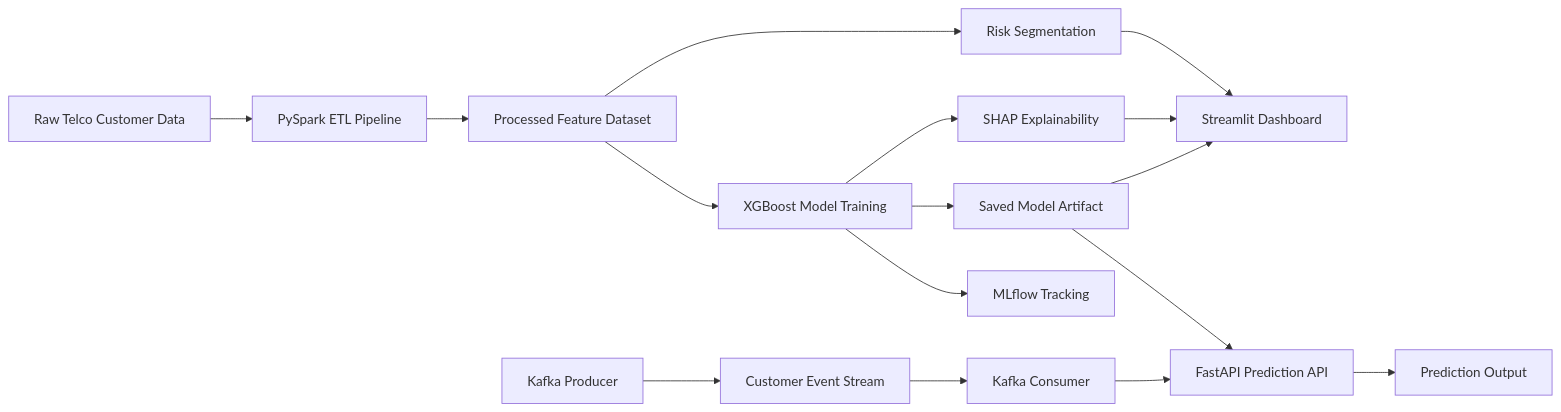
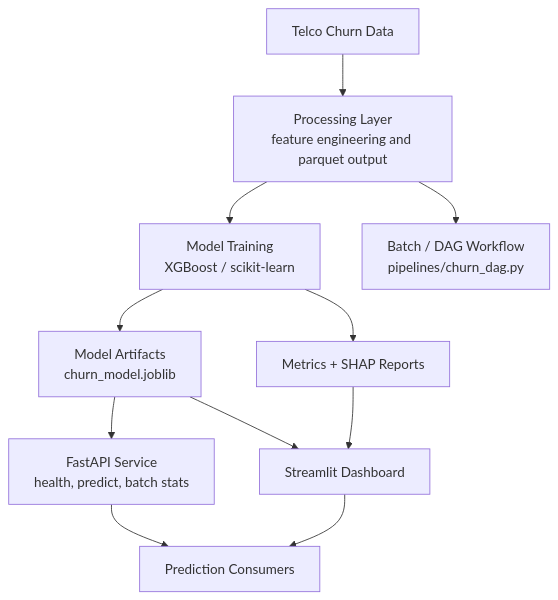
Before and after one commit to praveenraj9623-sketch/customer-churn-intelligence-platform: the diagram in README.md, drawn with Mermaid. The commit also changed other lines of this file and 1 other file, not shown here.

````diff
--- a/README.md
+++ b/README.md
@@ -149,18 +52,13 @@
 ```mermaid
-flowchart LR
-    A[Raw Telco Customer Data] --> B[PySpark ETL Pipeline]
-    B --> C[Processed Feature Dataset]
-    C --> D[XGBoost Model Training]
-    D --> E[MLflow Tracking]
-    D --> F[Saved Model Artifact]
-    F --> G[FastAPI Prediction API]
-    F --> H[Streamlit Dashboard]
-    C --> I[Risk Segmentation]
-    I --> H
-    D --> J[SHAP Explainability]
-    J --> H
-    K[Kafka Producer] --> L[Customer Event Stream]
-    L --> M[Kafka Consumer]
-    M --> G
-    G --> N[Prediction Output]
+flowchart TD
+    A["Telco Churn Data"] --> B["Processing Layer<br/>feature engineering and parquet output"]
+    B --> C["Model Training<br/>XGBoost / scikit-learn"]
+    C --> D["Model Artifacts<br/>churn_model.joblib"]
+    C --> E["Metrics + SHAP Reports"]
+    D --> F["FastAPI Service<br/>health, predict, batch stats"]
+    D --> G["Streamlit Dashboard"]
+    E --> G
+    B --> H["Batch / DAG Workflow<br/>pipelines/churn_dag.py"]
+    F --> I["Prediction Consumers"]
+    G --> I
 ```
````
